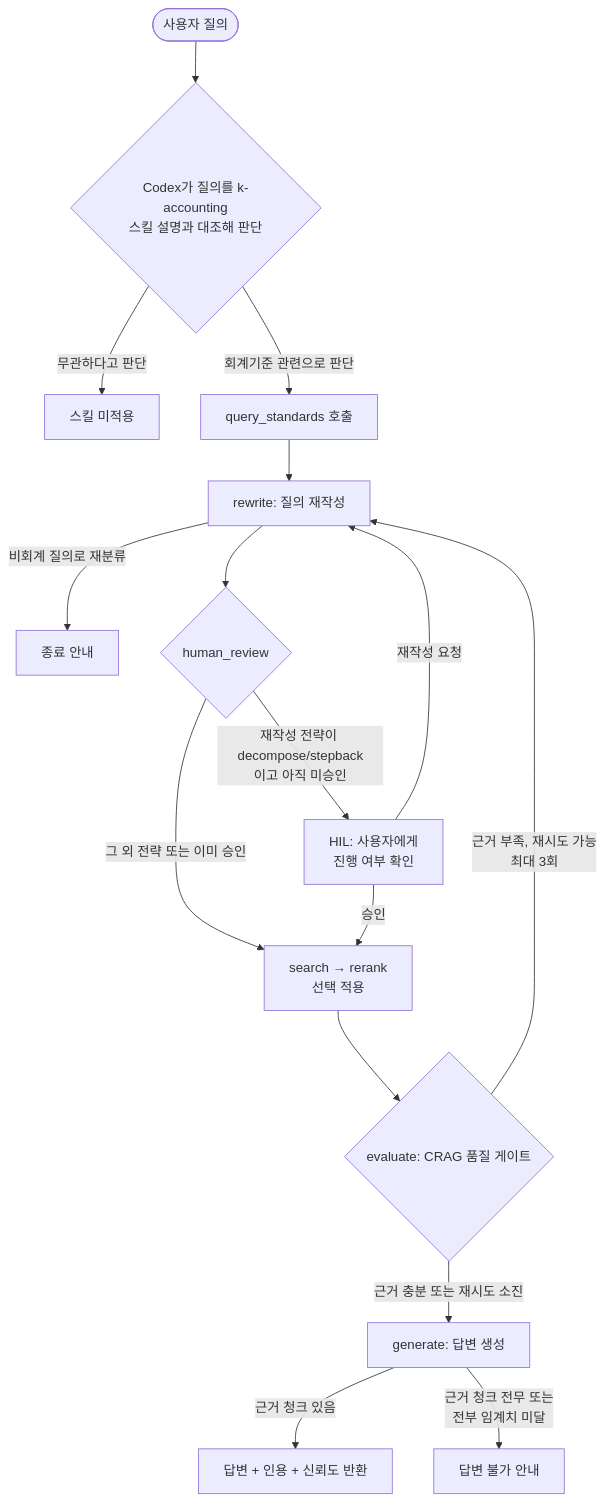
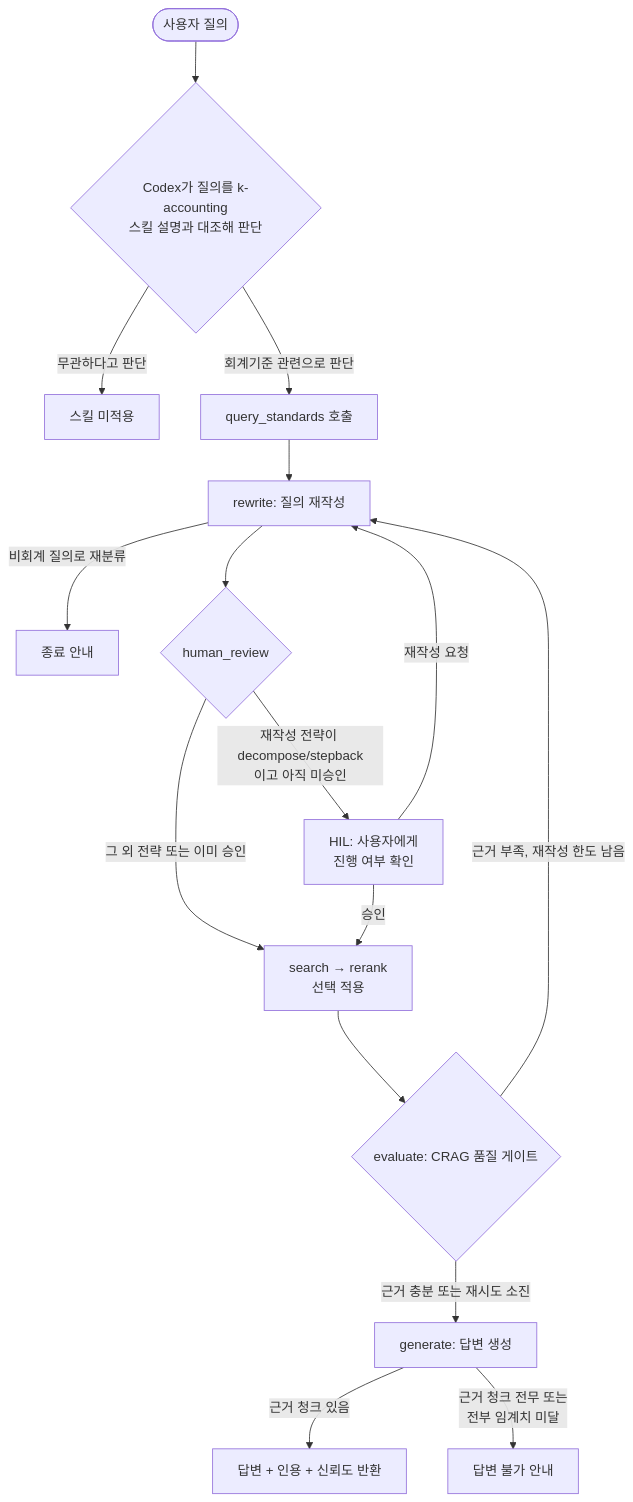
The diagram in README.md (PDW-accountant/rag_for_accounting), drawn with Mermaid before and after one commit. The commit also changed other lines of this file, not shown here.

````diff
--- a/README.md
+++ b/README.md
@@ -133,18 +134,18 @@
 ```mermaid
 flowchart TD
     Q([사용자 질의]) --> SKILL{Codex가 질의를 k-accounting<br/>스킬 설명과 대조해 판단}
     SKILL -->|무관하다고 판단| NOOP[스킬 미적용]
     SKILL -->|회계기준 관련으로 판단| MCP[query_standards 호출]
     MCP --> REWRITE[rewrite: 질의 재작성]
     REWRITE -->|비회계 질의로 재분류| EXIT[종료 안내]
     REWRITE --> HR{human_review}
     HR -->|그 외 전략 또는 이미 승인| SEARCH[search → rerank<br/>선택 적용]
     HR -->|재작성 전략이 decompose/stepback<br/>이고 아직 미승인| HIL[HIL: 사용자에게<br/>진행 여부 확인]
     HIL -->|재작성 요청| REWRITE
     HIL -->|승인| SEARCH
     SEARCH --> EVAL{evaluate: CRAG 품질 게이트}
-    EVAL -->|근거 부족, 재시도 가능<br/>최대 3회| REWRITE
+    EVAL -->|근거 부족, 재작성 한도 남음| REWRITE
     EVAL -->|근거 충분 또는 재시도 소진| GEN[generate: 답변 생성]
     GEN -->|근거 청크 있음| DONE[답변 + 인용 + 신뢰도 반환]
     GEN -->|근거 청크 전무 또는<br/>전부 임계치 미달| FAIL[답변 불가 안내]
 ```
````
